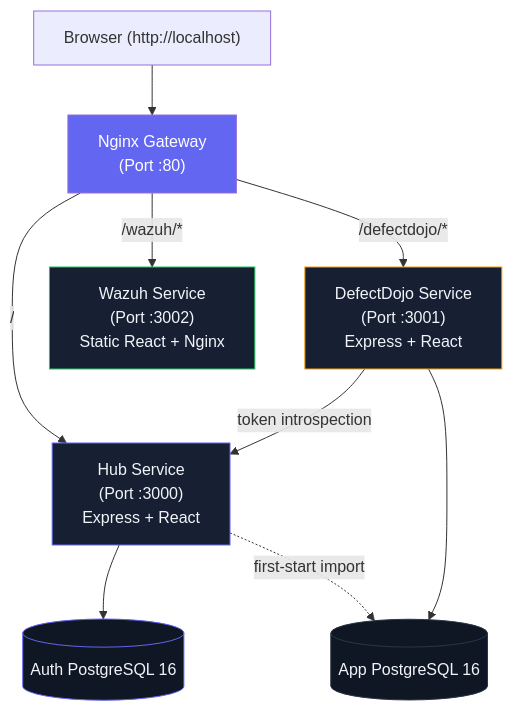
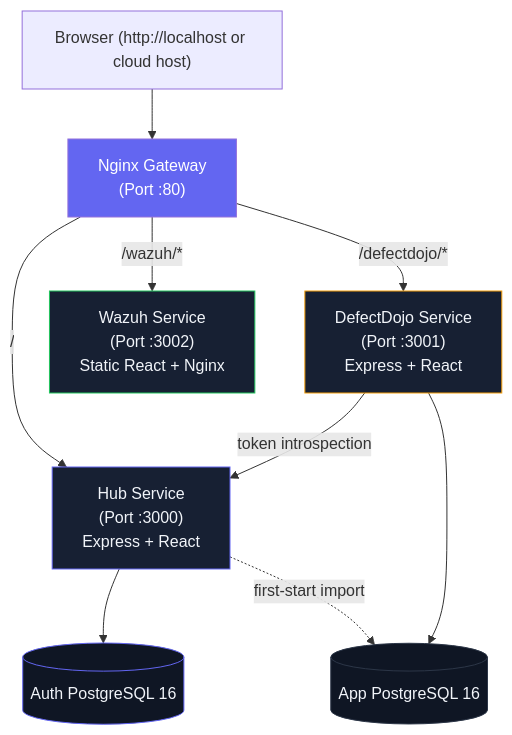
The diagram in README.md (Ratthapoom681/Middleware-2.0), drawn with Mermaid before and after one commit. The commit also changed other lines of this file and 6 other files, not shown here.

````diff
--- a/README.md
+++ b/README.md
@@ -11,20 +11,20 @@
 ```mermaid
 graph TB
-    User["Browser (http://localhost)"] --> Gateway["Nginx Gateway\n(Port :80)"]
+    User["Browser (http://localhost or cloud host)"] --> Gateway["Nginx Gateway\n(Port :80)"]
     
     Gateway -->|"/"| Hub["Hub Service\n(Port :3000)\nExpress + React"]
     Gateway -->|"/defectdojo/*"| DDojo["DefectDojo Service\n(Port :3001)\nExpress + React"]
     Gateway -->|"/wazuh/*"| Wazuh["Wazuh Service\n(Port :3002)\nStatic React + Nginx"]
     
     Hub --> AuthDB[(Auth PostgreSQL 16)]
     Hub -. first-start import .-> DB[(App PostgreSQL 16)]
     DDojo --> DB
     DDojo -->|token introspection| Hub
 
     style Gateway fill:#6366f1,color:#fff
     style Hub fill:#172033,stroke:#6366f1,color:#f1f4f9
     style DDojo fill:#172033,stroke:#f59e0b,color:#f1f4f9
     style Wazuh fill:#172033,stroke:#22c55e,color:#f1f4f9
     style AuthDB fill:#0f1624,stroke:#6366f1,color:#f1f4f9
     style DB fill:#0f1624,stroke:#2d3748,color:#f1f4f9
 ```
````
